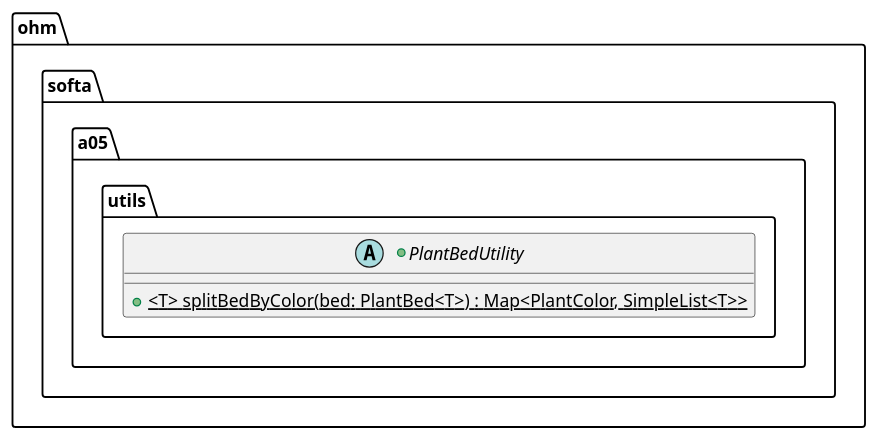
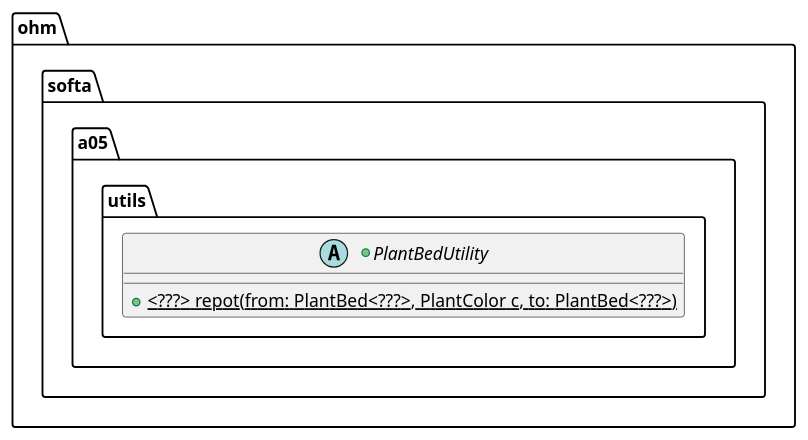
One commit to studium-nicog/softa-05-generics-bounds changed the diagram in assets/class-spec-3.plantuml. Above: the diagram before and after it, drawn with PlantUML. The commit also changed 2 other files, not shown here.

```diff
--- a/assets/class-spec-3.plantuml
+++ b/assets/class-spec-3.plantuml
@@ -1,7 +1,7 @@
 @startuml
 package ohm.softa.a05.utils {
     +abstract class PlantBedUtility{
-        +{static} <T> splitBedByColor(bed: PlantBed<T>) : Map<PlantColor, SimpleList<T>>
+        +{static} <???> repot(from: PlantBed<???>, PlantColor c, to: PlantBed<???>)
     }
 }
 @enduml
```
